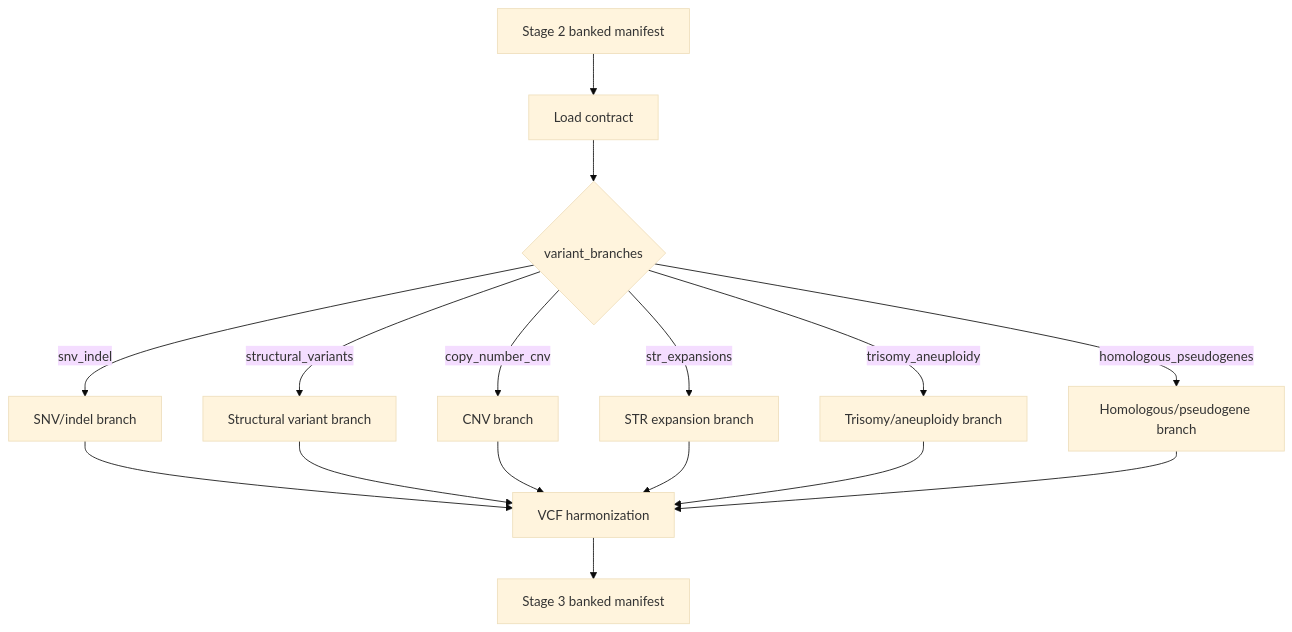
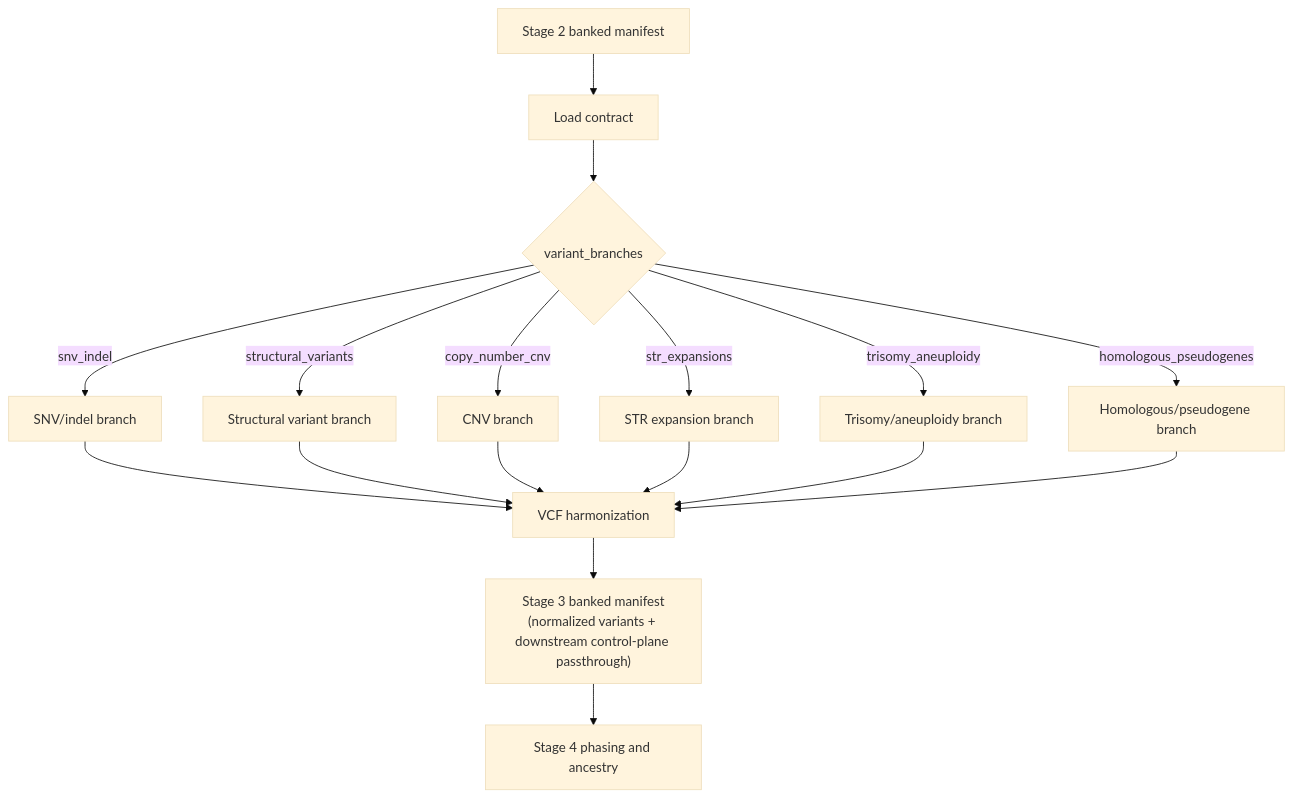
The diagram in Stage_3_Variant_Discovery_Engine/README.md (jmorganknight/nf_Gen_Var_Pipe), drawn with Mermaid (base theme) before and after one commit. The commit also changed other lines of this file and 4 other files, not shown here.

First line of the commit message:
Update stage documentation for fail-closed Stage 5 control-plane routing

````diff
--- a/Stage_3_Variant_Discovery_Engine/README.md
+++ b/Stage_3_Variant_Discovery_Engine/README.md
@@ -20,18 +26,19 @@
 ```mermaid
 flowchart TD
     A["Stage 2 banked manifest"] --> B["Load contract"]
     B --> C{"variant_branches"}
     C -->|snv_indel| D["SNV/indel branch"]
     C -->|structural_variants| E["Structural variant branch"]
     C -->|copy_number_cnv| F["CNV branch"]
     C -->|str_expansions| G["STR expansion branch"]
     C -->|trisomy_aneuploidy| H["Trisomy/aneuploidy branch"]
     C -->|homologous_pseudogenes| I["Homologous/pseudogene branch"]
     D --> J["VCF harmonization"]
     E --> J
     F --> J
     G --> J
     H --> J
     I --> J
-    J --> K["Stage 3 banked manifest"]
+    J --> K["Stage 3 banked manifest\n(normalized variants + downstream control-plane passthrough)"]
+    K --> L["Stage 4 phasing and ancestry"]
 ```
````
